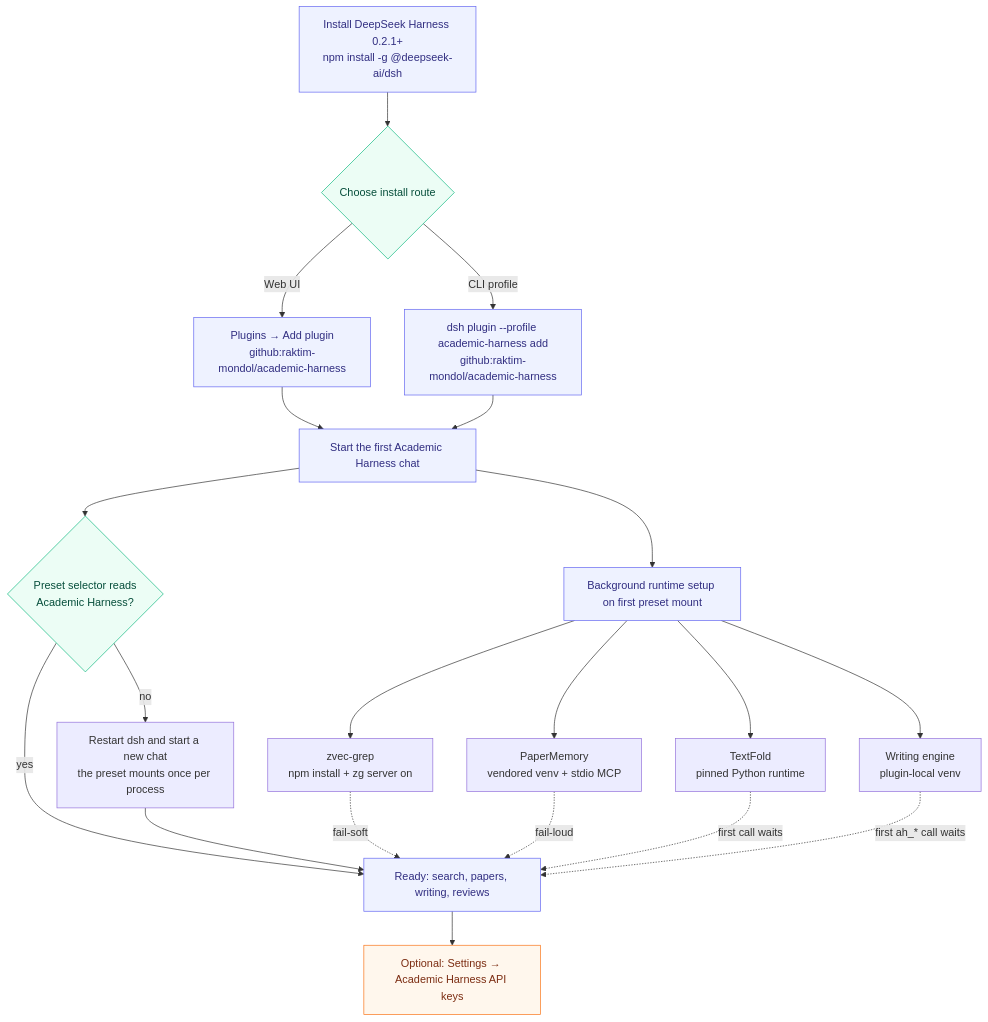
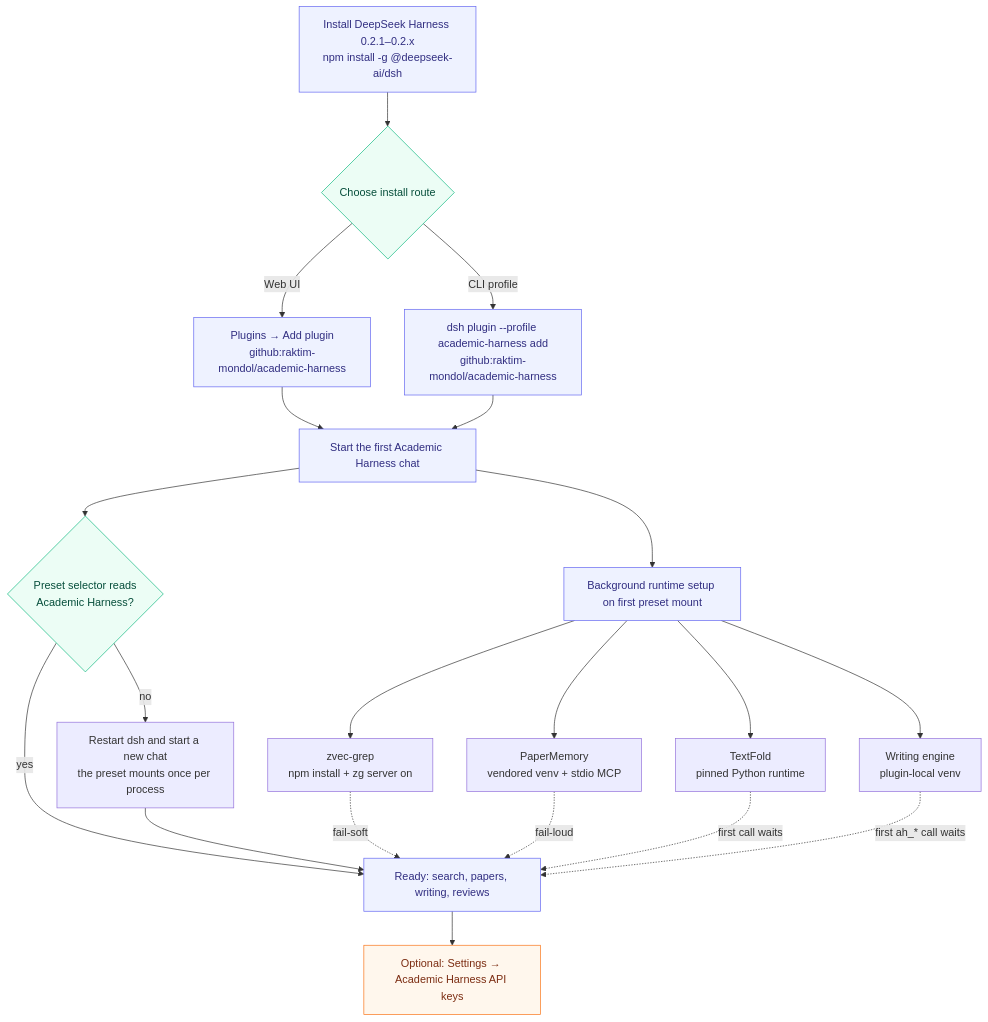
The diagram in docs/diagrams/install-flow.mmd (raktim-mondol/academic-harness), drawn with Mermaid before and after one commit. The commit also changed 162 other files, not shown here.

```diff
--- a/docs/diagrams/install-flow.mmd
+++ b/docs/diagrams/install-flow.mmd
@@ -1,30 +1,30 @@
 flowchart TB
-  dsh[Install DeepSeek Harness 0.2.1+<br/>npm install -g @deepseek-ai/dsh] --> route{Choose install route}
+  dsh[Install DeepSeek Harness 0.2.1–0.2.x<br/>npm install -g @deepseek-ai/dsh] --> route{Choose install route}
   route -->|Web UI| web[Plugins → Add plugin<br/>github:raktim-mondol/academic-harness]
   route -->|CLI profile| cli[dsh plugin --profile academic-harness add<br/>github:raktim-mondol/academic-harness]
   web --> first[Start the first Academic Harness chat]
   cli --> first
 
   first --> setup[Background runtime setup on first preset mount]
   setup --> zg[zvec-grep<br/>npm install + zg server on]
   setup --> pm[PaperMemory<br/>vendored venv + stdio MCP]
   setup --> tf[TextFold<br/>pinned Python runtime]
   setup --> ah[Writing engine<br/>plugin-local venv]
 
   first --> preset{Preset selector reads<br/>Academic Harness?}
   preset -->|yes| ready[Ready: search, papers, writing, reviews]
   preset -->|no| fix[Restart dsh and start a new chat<br/>the preset mounts once per process]
   fix --> ready
   ready --> keys[Optional: Settings → Academic Harness API keys]
 
   zg -. fail-soft .-> ready
   pm -. fail-loud .-> ready
   tf -. first call waits .-> ready
   ah -. first ah_* call waits .-> ready
 
   classDef step fill:#eef2ff,stroke:#6366f1,color:#312e81
   classDef optional fill:#fff7ed,stroke:#f97316,color:#7c2d12
   classDef decision fill:#ecfdf5,stroke:#10b981,color:#064e3b
   class dsh,web,cli,first,setup,ready step
   class keys optional
   class route,preset decision
```
